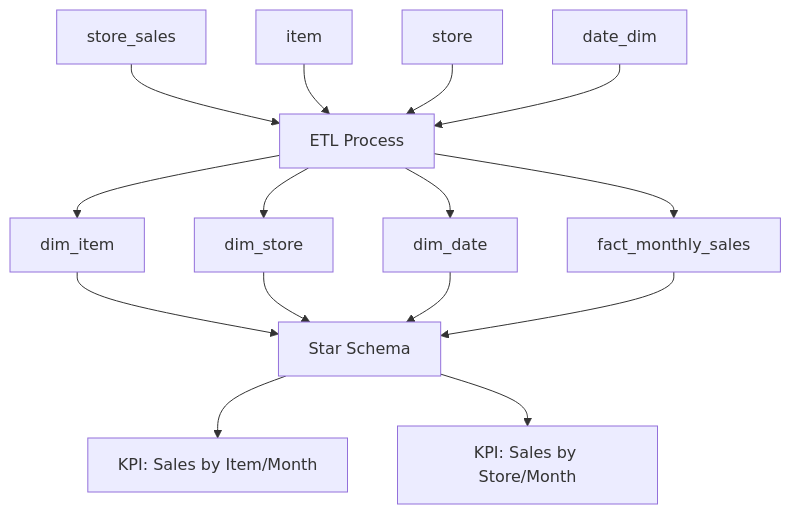
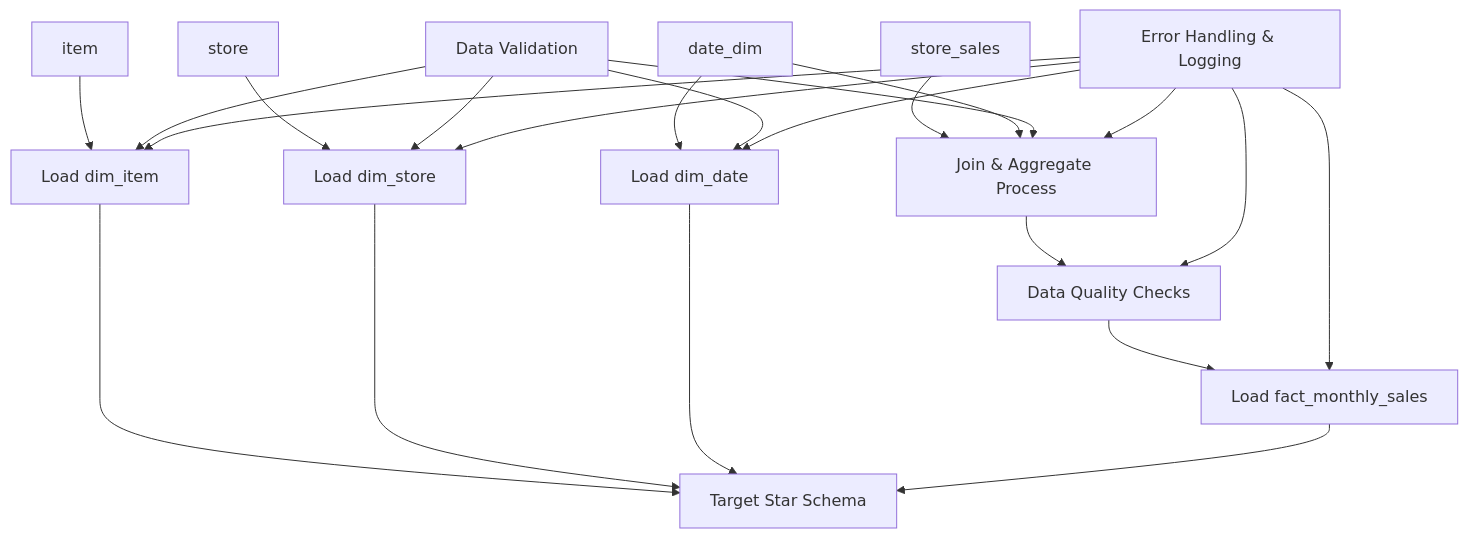
Before and after one commit to mrmaheshdattamishra-crypto/etl-scripts: the second of 3 diagrams in agentic-code/monthly_sales_star_schema/README.md, drawn with Mermaid. The commit also changed other lines of this file, not shown here.

First line of the commit message:
Add monthly sales star schema ETL design document

````diff
--- a/agentic-code/monthly_sales_star_schema/README.md
+++ b/agentic-code/monthly_sales_star_schema/README.md
@@ -124,20 +127,27 @@
 ```mermaid
 flowchart TD
-    A[store_sales] --> E[ETL Process]
-    B[item] --> E
-    C[store] --> E
-    D[date_dim] --> E
+    A[store_sales] --> E[Join & Aggregate Process]
+    B[date_dim] --> E
+    C[item] --> F[Load dim_item]
+    D[store] --> G[Load dim_store]
+    B --> H[Load dim_date]
     
-    E --> F[dim_item]
-    E --> G[dim_store] 
-    E --> H[dim_date]
-    E --> I[fact_monthly_sales]
-    
-    F --> J[Star Schema]
+    E --> I[Data Quality Checks]
+    F --> J[Target Star Schema]
     G --> J
     H --> J
-    I --> J
+    I --> K[Load fact_monthly_sales]
+    K --> J
     
-    J --> K[KPI: Sales by Item/Month]
-    J --> L[KPI: Sales by Store/Month]
+    L[Data Validation] --> E
+    L --> F
+    L --> G
+    L --> H
+    
+    M[Error Handling & Logging] --> E
+    M --> F
+    M --> G
+    M --> H
+    M --> I
+    M --> K
 ```
````
